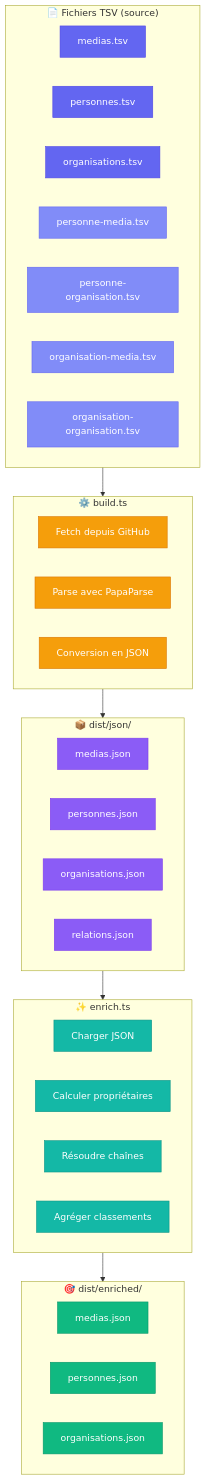
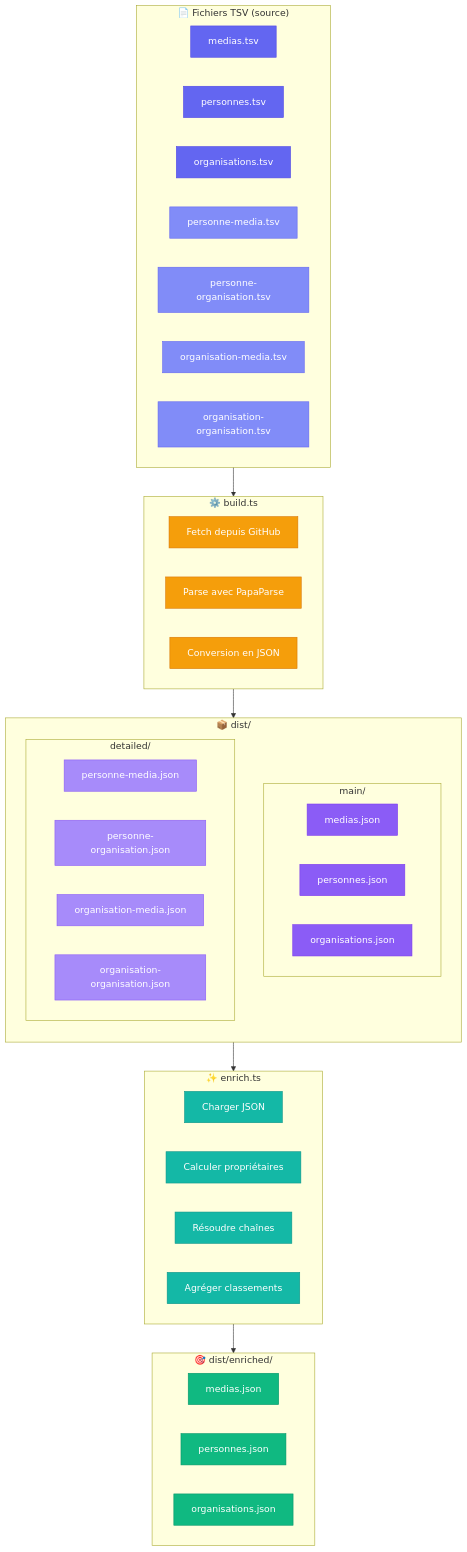
The second of 14 diagrams in docs/diagrams.md (cedric-famibelle-pronzola/medias-francais-api), drawn with Mermaid before and after one commit. The commit also changed other lines of this file, not shown here.

Commit message:
docs: improve & fix diagrams

````diff
--- a/docs/diagrams.md
+++ b/docs/diagrams.md
@@ -90,70 +90,80 @@
 ```mermaid
 flowchart TB
     subgraph TSV["📄 Fichiers TSV (source)"]
         direction LR
         T1[medias.tsv]
         T2[personnes.tsv]
         T3[organisations.tsv]
         T4[personne-media.tsv]
         T5[personne-organisation.tsv]
         T6[organisation-media.tsv]
         T7[organisation-organisation.tsv]
     end
 
     subgraph Build["⚙️ build.ts"]
         direction LR
         F1[Fetch depuis GitHub]
         F2[Parse avec PapaParse]
         F3[Conversion en JSON]
     end
 
-    subgraph JSON["📦 dist/json/"]
-        direction LR
-        J1[medias.json]
-        J2[personnes.json]
-        J3[organisations.json]
-        J4[relations.json]
+    subgraph JSON["📦 dist/"]
+        direction TB
+        subgraph Main["main/"]
+            J1[medias.json]
+            J2[personnes.json]
+            J3[organisations.json]
+        end
+        subgraph Detailed["detailed/"]
+            J4[personne-media.json]
+            J5[personne-organisation.json]
+            J6[organisation-media.json]
+            J7[organisation-organisation.json]
+        end
     end
 
     subgraph Enrich["✨ enrich.ts"]
         direction LR
         E1[Charger JSON]
         E2[Calculer propriétaires]
         E3[Résoudre chaînes]
         E4[Agréger classements]
     end
 
     subgraph Enriched["🎯 dist/enriched/"]
         direction LR
         R1[medias.json]
         R2[personnes.json]
         R3[organisations.json]
     end
 
     TSV --> Build
     Build --> JSON
     JSON --> Enrich
     Enrich --> Enriched
 
     style T1 fill:#6366f1,stroke:#4f46e5,color:#fff
     style T2 fill:#6366f1,stroke:#4f46e5,color:#fff
     style T3 fill:#6366f1,stroke:#4f46e5,color:#fff
     style T4 fill:#818cf8,stroke:#6366f1,color:#fff
     style T5 fill:#818cf8,stroke:#6366f1,color:#fff
     style T6 fill:#818cf8,stroke:#6366f1,color:#fff
     style T7 fill:#818cf8,stroke:#6366f1,color:#fff
     style F1 fill:#f59e0b,stroke:#d97706,color:#fff
     style F2 fill:#f59e0b,stroke:#d97706,color:#fff
     style F3 fill:#f59e0b,stroke:#d97706,color:#fff
     style J1 fill:#8b5cf6,stroke:#7c3aed,color:#fff
     style J2 fill:#8b5cf6,stroke:#7c3aed,color:#fff
     style J3 fill:#8b5cf6,stroke:#7c3aed,color:#fff
-    style J4 fill:#8b5cf6,stroke:#7c3aed,color:#fff
+    style J4 fill:#a78bfa,stroke:#8b5cf6,color:#fff
+    style J5 fill:#a78bfa,stroke:#8b5cf6,color:#fff
+    style J6 fill:#a78bfa,stroke:#8b5cf6,color:#fff
+    style J7 fill:#a78bfa,stroke:#8b5cf6,color:#fff
     style E1 fill:#14b8a6,stroke:#0d9488,color:#fff
     style E2 fill:#14b8a6,stroke:#0d9488,color:#fff
     style E3 fill:#14b8a6,stroke:#0d9488,color:#fff
     style E4 fill:#14b8a6,stroke:#0d9488,color:#fff
     style R1 fill:#10b981,stroke:#059669,color:#fff
     style R2 fill:#10b981,stroke:#059669,color:#fff
     style R3 fill:#10b981,stroke:#059669,color:#fff
 ```
````
